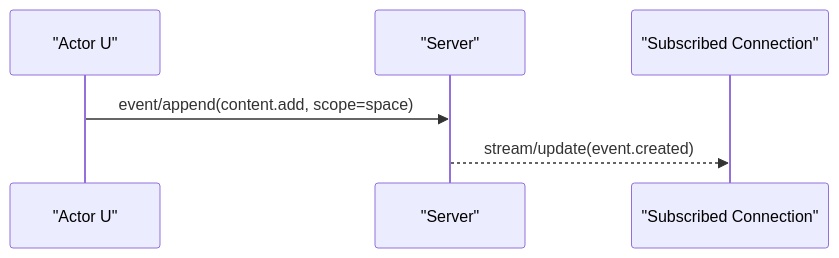
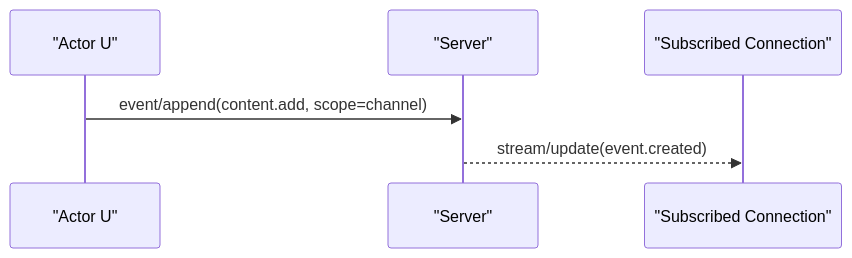
Before and after one commit to wyw-ai/loom: the second of 5 diagrams in docs/protocol/open-multi-actor-collaboration-protocol-v0.md, drawn with Mermaid. The commit also changed other lines of this file and 29 other files, not shown here.

````diff
--- a/docs/protocol/open-multi-actor-collaboration-protocol-v0.md
+++ b/docs/protocol/open-multi-actor-collaboration-protocol-v0.md
@@ -481,9 +486,9 @@
 ```mermaid
 sequenceDiagram
   participant U as "Actor U"
   participant S as "Server"
   participant C as "Subscribed Connection"
 
-  U->>S: event/append(content.add, scope=space)
+  U->>S: event/append(content.add, scope=channel)
   S-->>C: stream/update(event.created)
 ```
````
